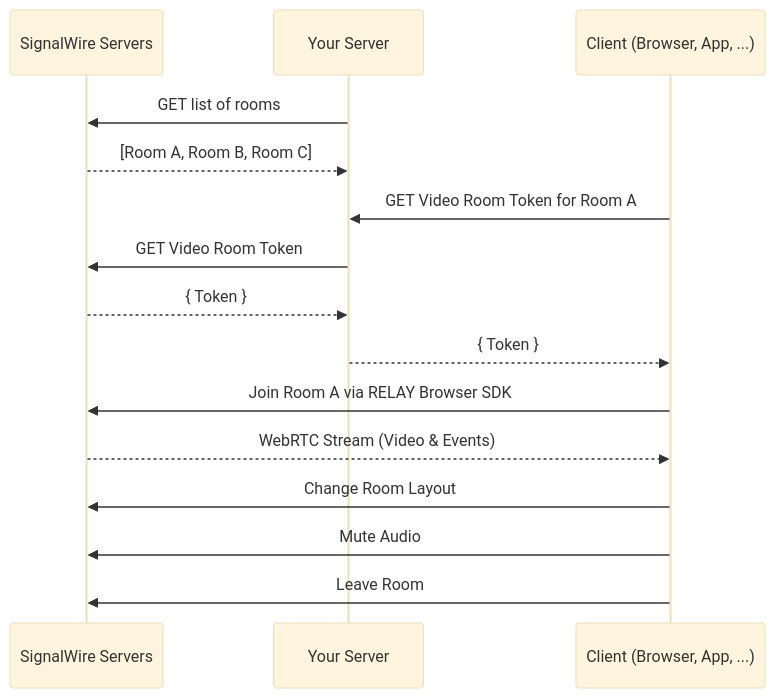
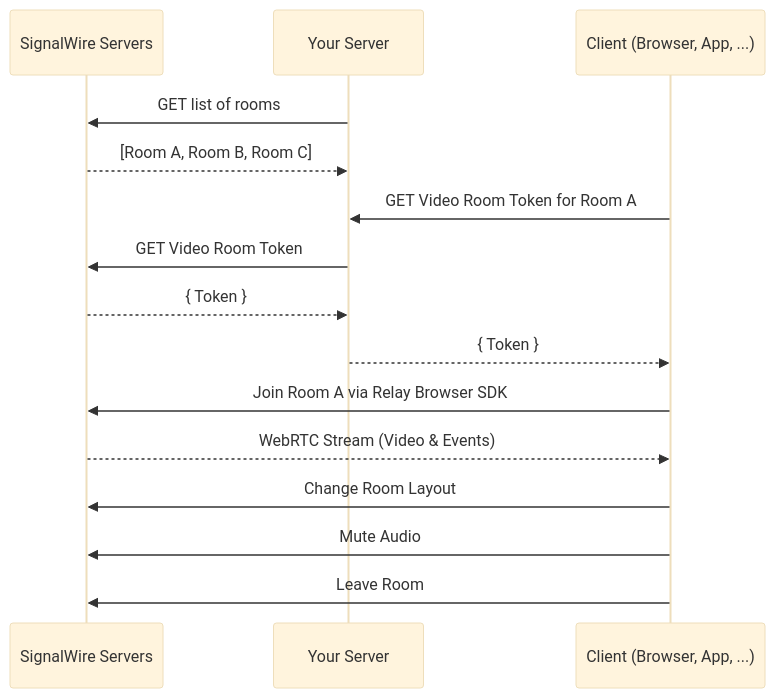
Before and after one commit to signalwire/docs: the diagram in fern/products/browser-sdk/pages/v3/guides/video/getting-started-with-the-signalwire-video/index.mdx, drawn with Mermaid (base theme). The commit also changed 124 other files, not shown here.

````diff
--- a/fern/products/browser-sdk/pages/v3/guides/video/getting-started-with-the-signalwire-video/index.mdx
+++ b/fern/products/browser-sdk/pages/v3/guides/video/getting-started-with-the-signalwire-video/index.mdx
@@ -89,21 +89,21 @@
 ```mermaid
 sequenceDiagram
     participant SW as SignalWire Servers
     participant YS as Your Server
     participant C as Client (Browser, App, ...)
     
     YS->>SW: GET list of rooms
     SW-->>YS: [Room A, Room B, Room C]
     
     C->>YS: GET Video Room Token for Room A
     YS->>SW: GET Video Room Token
     SW-->>YS: { Token }
     YS-->>C: { Token }
     
-    C->>SW: Join Room A via RELAY Browser SDK
+    C->>SW: Join Room A via Relay Browser SDK
     SW-->>C: WebRTC Stream (Video & Events)
     
     C->>SW: Change Room Layout
     C->>SW: Mute Audio
     C->>SW: Leave Room
 ```
````
